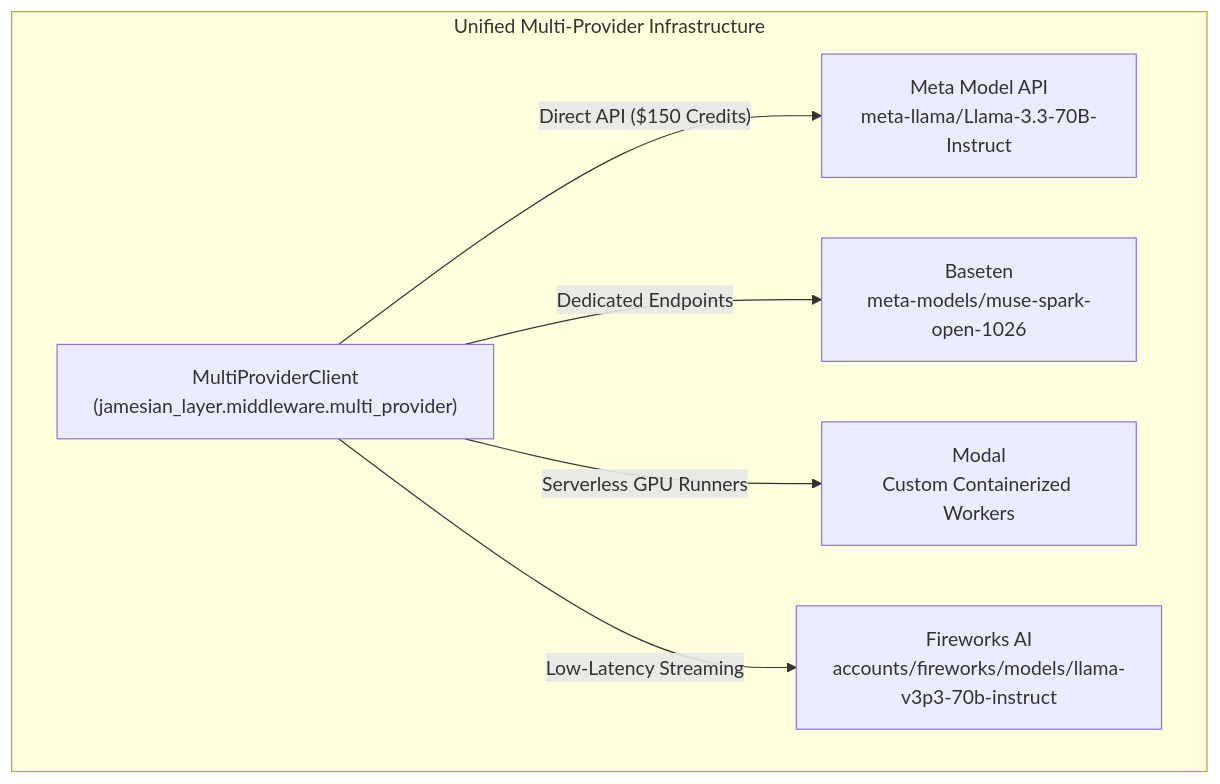
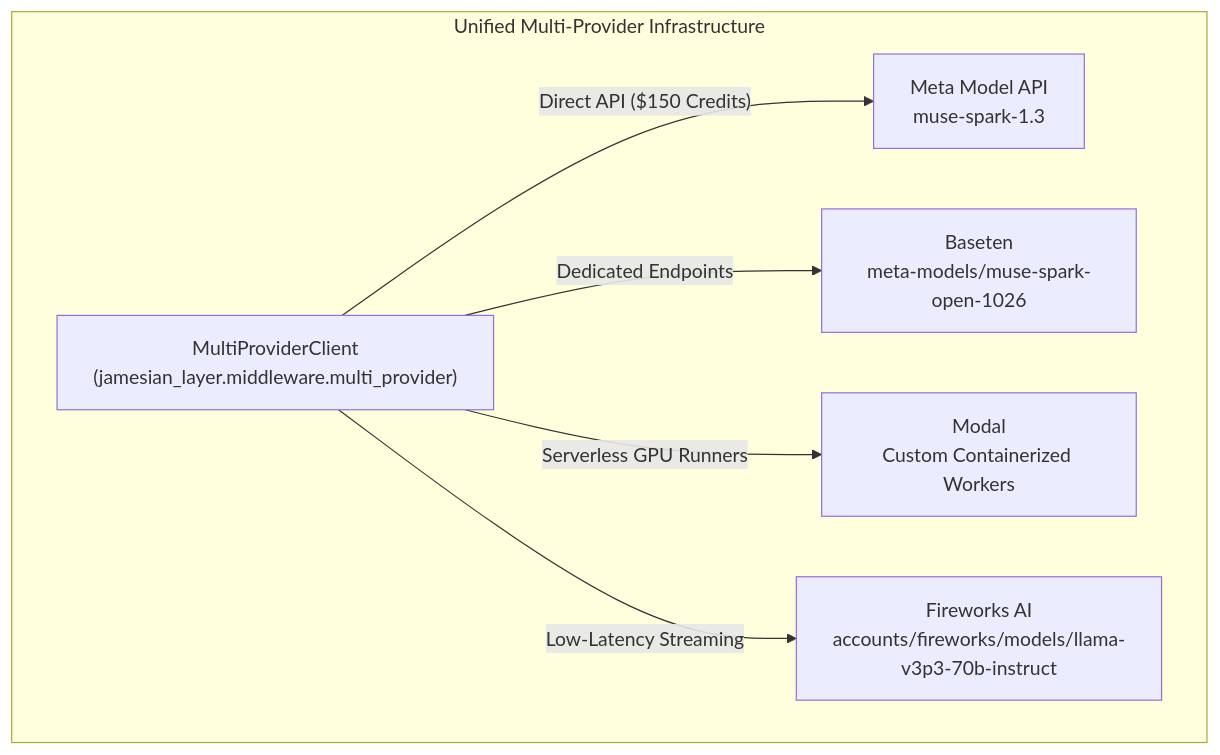
One commit to ultraxav/jamesian-layer changed the fourth of 5 diagrams in documents/hackathon_spec.md. Above: the diagram before and after it, drawn with Mermaid. The commit also changed other lines of this file and 3 other files, not shown here.

Commit message:
fix(meta): use live Muse model IDs; modal client accepts model

````diff
--- a/documents/hackathon_spec.md
+++ b/documents/hackathon_spec.md
@@ -642,11 +642,11 @@
 ```mermaid
 flowchart TD
     subgraph MultiProvider ["Unified Multi-Provider Infrastructure"]
         Router["MultiProviderClient<br/>(jamesian_layer.middleware.multi_provider)"]
         
-        Router -->|"Direct API ($150 Credits)"| MetaAPI["Meta Model API<br/>meta-llama/Llama-3.3-70B-Instruct"]
+        Router -->|"Direct API ($150 Credits)"| MetaAPI["Meta Model API<br/>muse-spark-1.3"]
         Router -->|"Dedicated Endpoints"| Baseten["Baseten<br/>meta-models/muse-spark-open-1026"]
         Router -->|"Serverless GPU Runners"| Modal["Modal<br/>Custom Containerized Workers"]
         Router -->|"Low-Latency Streaming"| Fireworks["Fireworks AI<br/>accounts/fireworks/models/llama-v3p3-70b-instruct"]
     end
 ```
````
